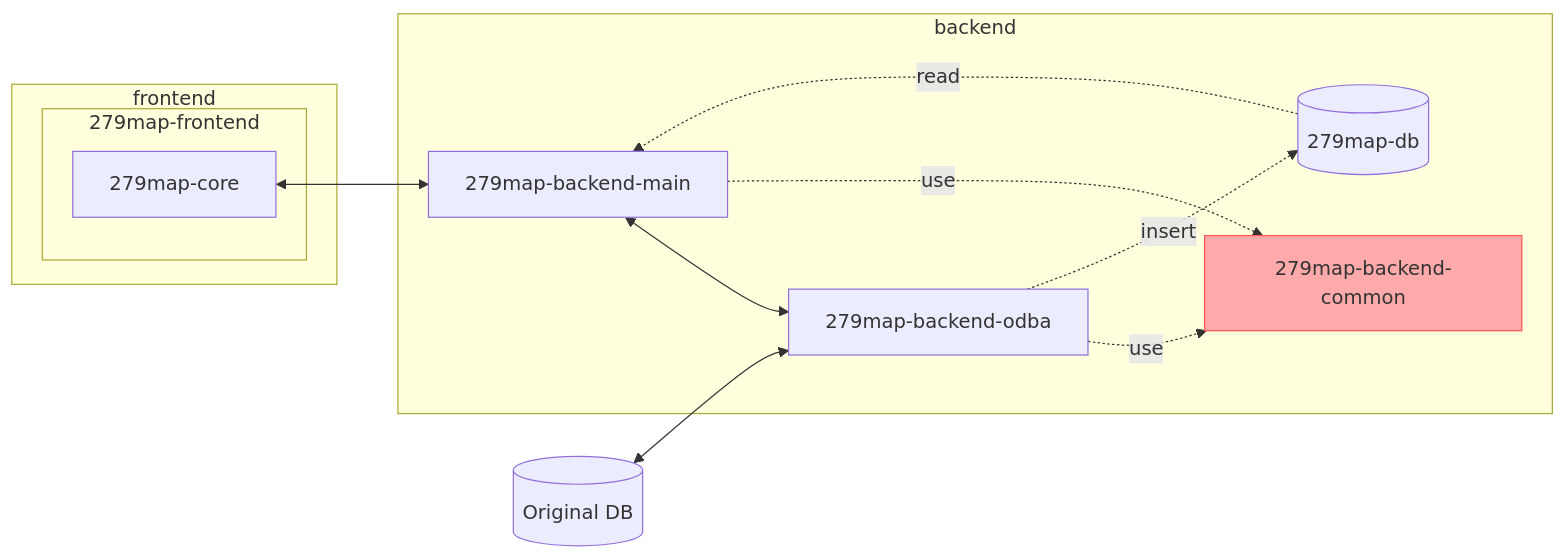
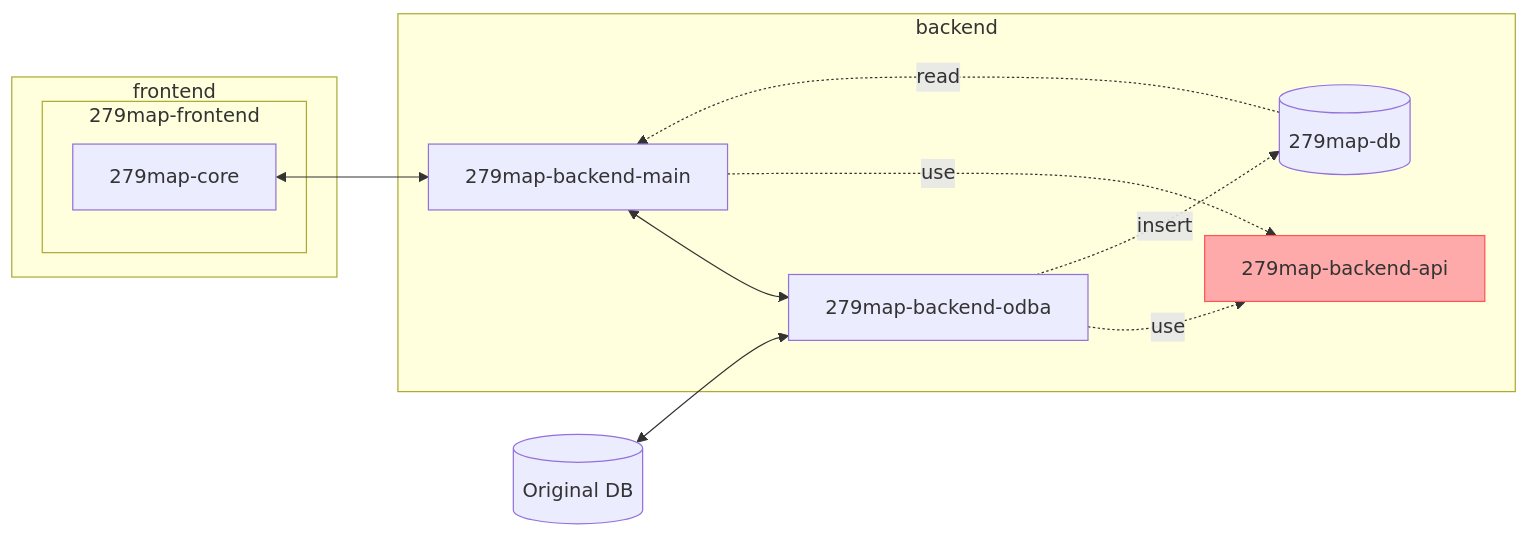
Before and after one commit to satocheeen/279map-backend-api: the diagram in README.md, drawn with Mermaid. The commit also changed other lines of this file and 2 other files, not shown here.

Commit message:
名称変更

````diff
--- a/README.md
+++ b/README.md
@@ -4,24 +4,24 @@
 ```mermaid
 flowchart LR
 	subgraph frontend
 		subgraph 279map-frontend
 			279map-core
 		end
 	end
 
 	subgraph backend
 		db[("279map-db")]
 		279map-backend-main
 
 		279map-backend-main <--> odba["279map-backend-odba"]
-		odba-."use".->279map-backend-common
-		279map-backend-main-."use".->279map-backend-common
+		odba-."use".->279map-backend-api
+		279map-backend-main-."use".->279map-backend-api
 
 		db -.read.-> 279map-backend-main
 		odba -.insert.-> db
 	end
 	279map-core <--> 279map-backend-main
 	original-db[("Original DB")] <--> odba
 	
-	style 279map-backend-common fill:#faa, stroke:#f55
+	style 279map-backend-api fill:#faa, stroke:#f55
 ```
````
